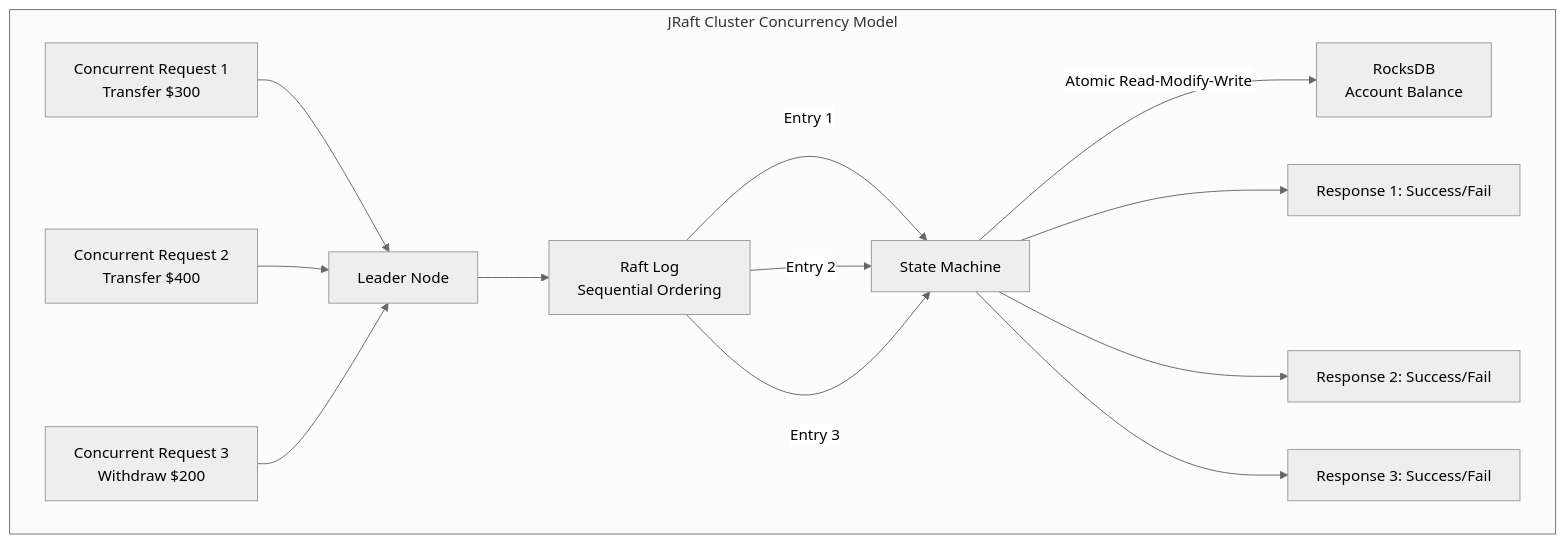
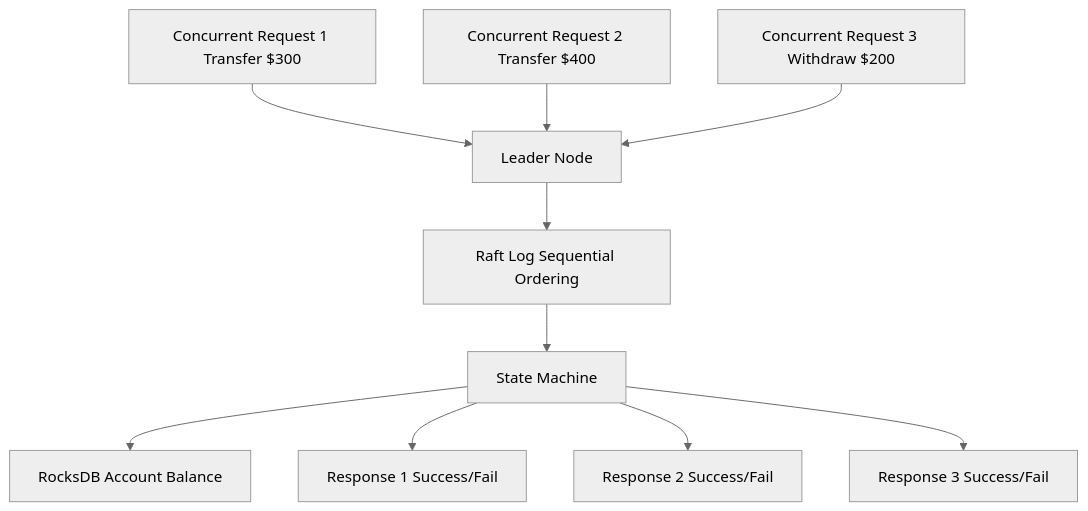
One commit to hungchai/jraft_ledger changed the seventh of 7 diagrams in LOGIC_FLOW.md. Above: the diagram before and after it, drawn with Mermaid (neutral theme). The commit also changed other lines of this file and 1 other file, not shown here.

````diff
--- a/LOGIC_FLOW.md
+++ b/LOGIC_FLOW.md
@@ -352,19 +293,15 @@
 ```mermaid
 graph TD
-    subgraph "JRaft Cluster Concurrency Model"
-        HTTP1[Concurrent Request 1<br/>Transfer $300] --> LEADER[Leader Node]
-        HTTP2[Concurrent Request 2<br/>Transfer $400] --> LEADER
-        HTTP3[Concurrent Request 3<br/>Withdraw $200] --> LEADER
-        
-        LEADER --> LOG[Raft Log<br/>Sequential Ordering]
-        LOG --> |Entry 1| SM[State Machine]
-        LOG --> |Entry 2| SM
-        LOG --> |Entry 3| SM
-        
-        SM --> |Atomic Read-Modify-Write| RDB[RocksDB<br/>Account Balance]
-        
-        SM --> R1[Response 1: Success/Fail]
-        SM --> R2[Response 2: Success/Fail]
-        SM --> R3[Response 3: Success/Fail]
-    end
+    HTTP1[Concurrent Request 1 Transfer $300] --> LEADER[Leader Node]
+    HTTP2[Concurrent Request 2 Transfer $400] --> LEADER
+    HTTP3[Concurrent Request 3 Withdraw $200] --> LEADER
+    
+    LEADER --> LOG[Raft Log Sequential Ordering]
+    LOG --> SM[State Machine]
+    
+    SM --> RDB[RocksDB Account Balance]
+    
+    SM --> R1[Response 1 Success/Fail]
+    SM --> R2[Response 2 Success/Fail]
+    SM --> R3[Response 3 Success/Fail]
 ```
````
